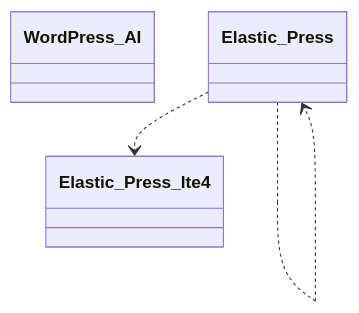
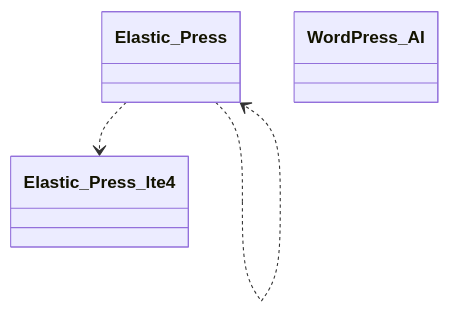
The ninth of 13 diagrams in docs/phpdoc/Home.md (tainacan/tainacan), drawn with Mermaid before and after one commit. The commit also changed other lines of this file and 94 other files, not shown here.

````diff
--- a/docs/phpdoc/Home.md
+++ b/docs/phpdoc/Home.md
@@ -597,9 +597,9 @@
 ```mermaid
 classDiagram
     direction TB
+    class Elastic_Press { }
+    class WordPress_AI { }
     class Elastic_Press_lte4 { }
-    class WordPress_AI { }
-    class Elastic_Press { }
     Elastic_Press ..> Elastic_Press
     Elastic_Press ..> Elastic_Press_lte4
 ```
````
